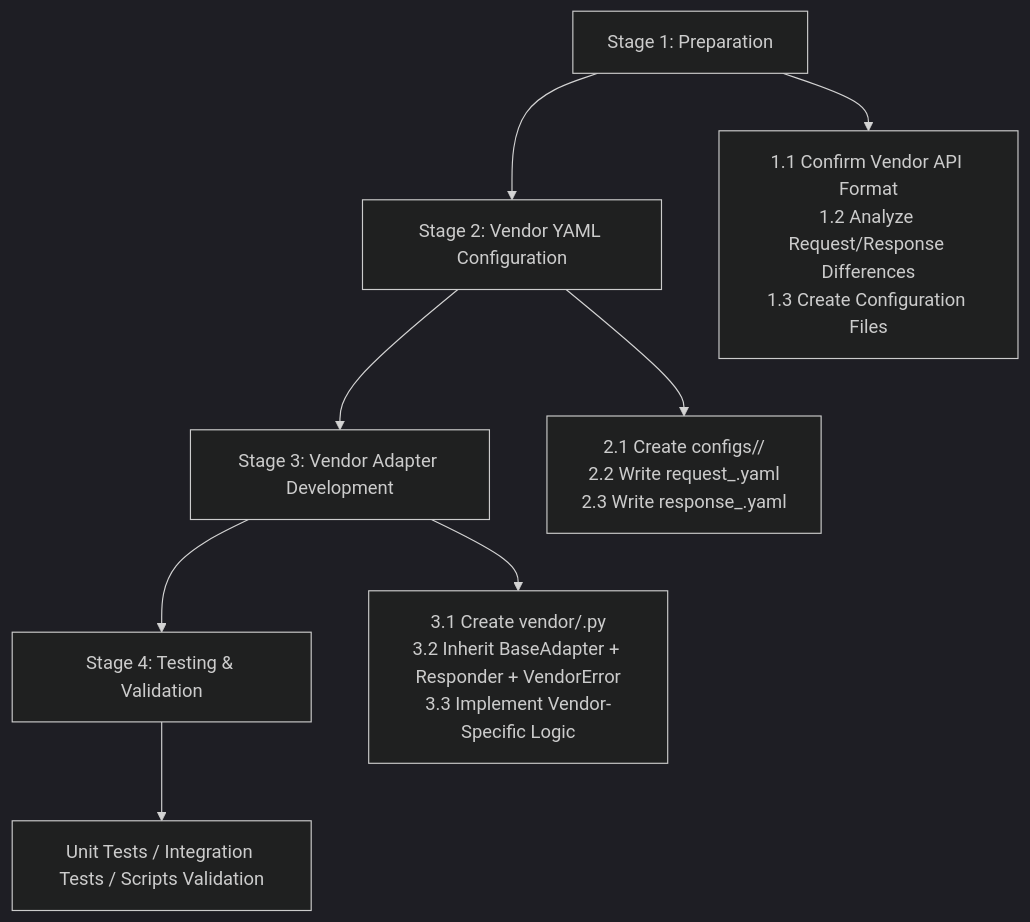
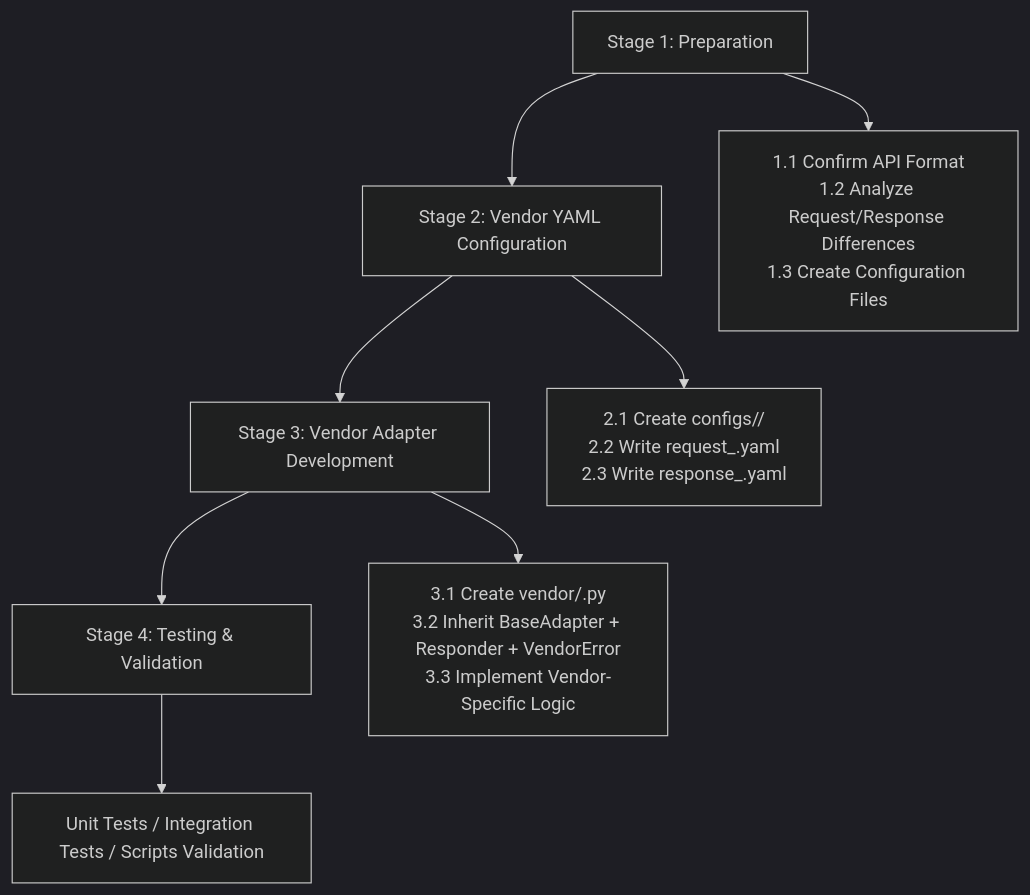
The first of 2 diagrams in docs/CONTRIBUTOR_en.md (kanchengw/cnllm), drawn with Mermaid (dark theme) before and after one commit. The commit also changed other lines of this file and 46 other files, not shown here.

````diff
--- a/docs/CONTRIBUTOR_en.md
+++ b/docs/CONTRIBUTOR_en.md
@@ -28,11 +8,11 @@
 ```mermaid
 flowchart TD
     Stage1["Stage 1: Preparation"] --> Stage2["Stage 2: Vendor YAML Configuration"]
     Stage2 --> Stage3["Stage 3: Vendor Adapter Development"]
     Stage3 --> Stage4["Stage 4: Testing & Validation"]
 
-    Stage1 --> A1["1.1 Confirm Vendor API Format<br/>1.2 Analyze Request/Response Differences<br/>1.3 Create Configuration Files"]
+    Stage1 --> A1["1.1 Confirm API Format<br/>1.2 Analyze Request/Response Differences<br/>1.3 Create Configuration Files"]
     Stage2 --> A2["2.1 Create configs/<vendor>/<br/>2.2 Write request_<vendor>.yaml<br/>2.3 Write response_<vendor>.yaml"]
     Stage3 --> A3["3.1 Create vendor/<vendor>.py<br/>3.2 Inherit BaseAdapter + Responder + VendorError<br/>3.3 Implement Vendor-Specific Logic"]
     Stage4 --> A4["Unit Tests / Integration Tests / Scripts Validation"]
 ```
````
